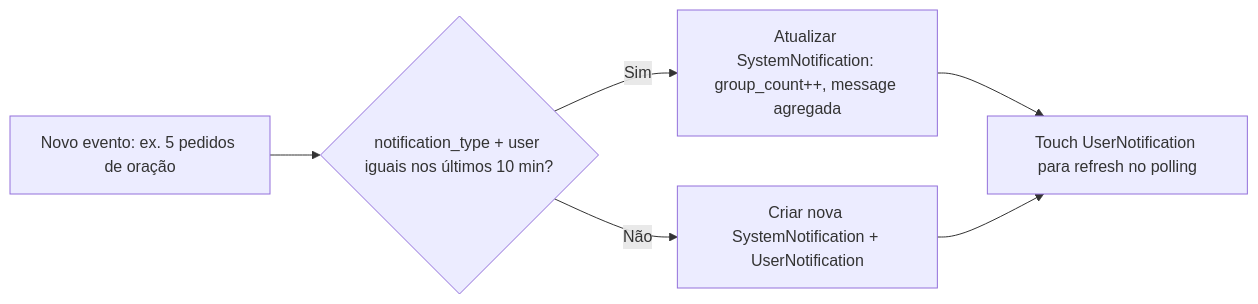
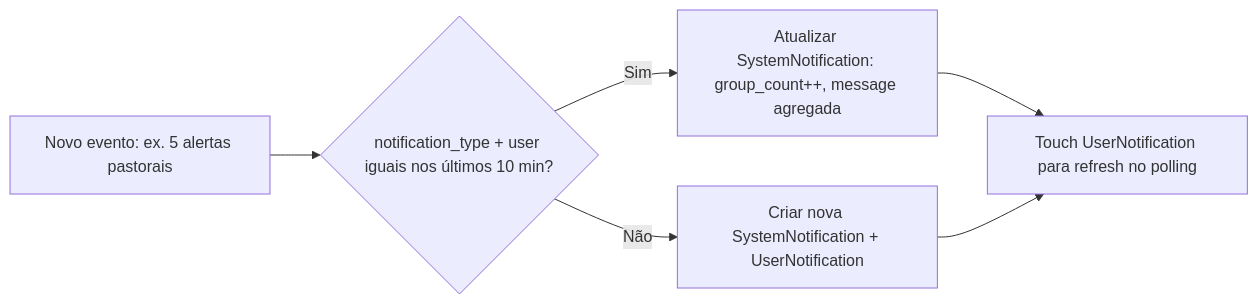
One commit to RabbitVisual/VS-JUBAF changed the second of 5 diagrams in Modules/Notifications/README.md. Above: the diagram before and after it, drawn with Mermaid. The commit also changed other lines of this file and 54 other files, not shown here.

````diff
--- a/Modules/Notifications/README.md
+++ b/Modules/Notifications/README.md
@@ -70,8 +70,8 @@
 ```mermaid
 flowchart LR
-    A[Novo evento: ex. 5 pedidos de oração] --> B{notification_type + user iguais nos últimos 10 min?}
+    A[Novo evento: ex. 5 alertas pastorais] --> B{notification_type + user iguais nos últimos 10 min?}
     B -->|Sim| C[Atualizar SystemNotification: group_count++, message agregada]
     B -->|Não| D[Criar nova SystemNotification + UserNotification]
     C --> E[Touch UserNotification para refresh no polling]
     D --> E
 ```
````
